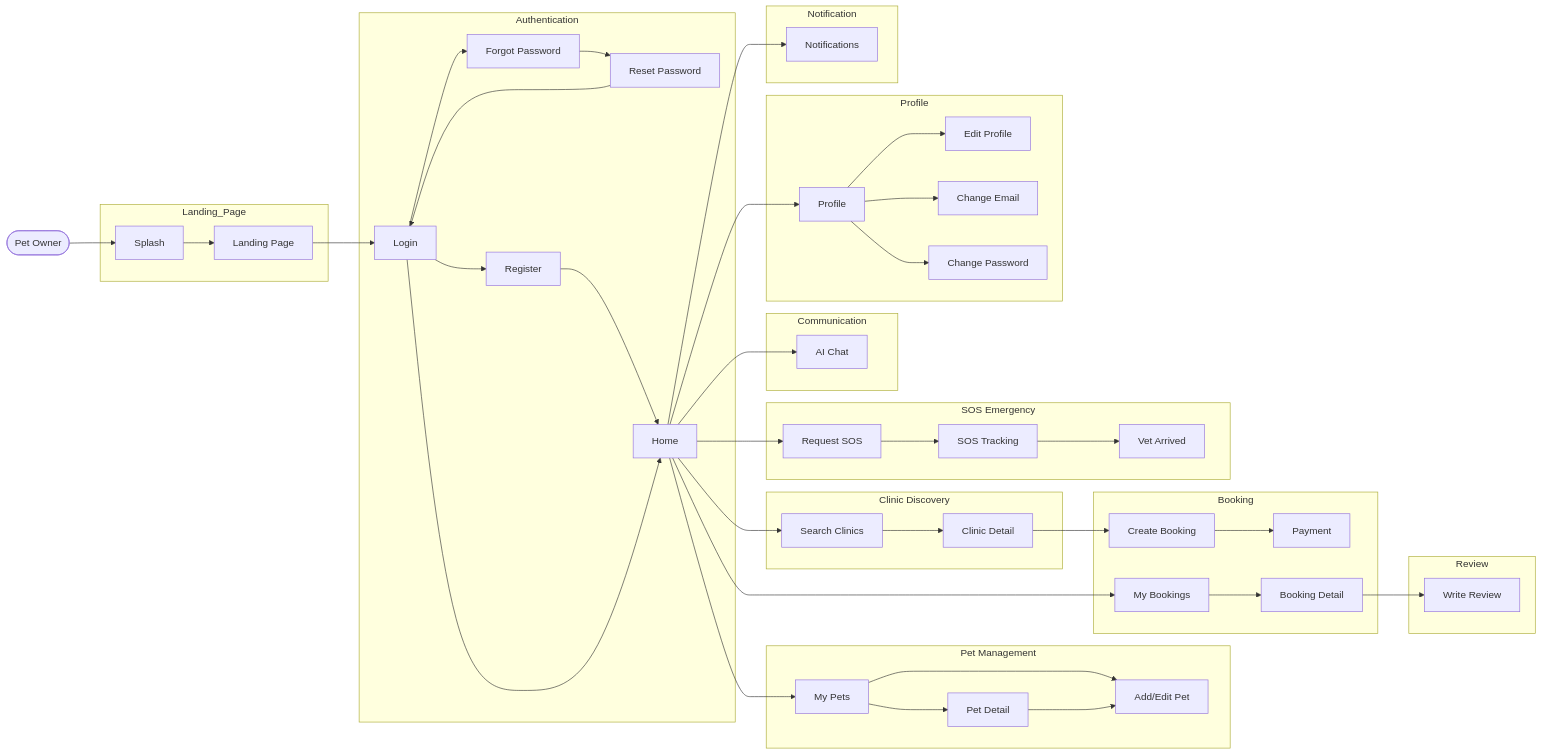
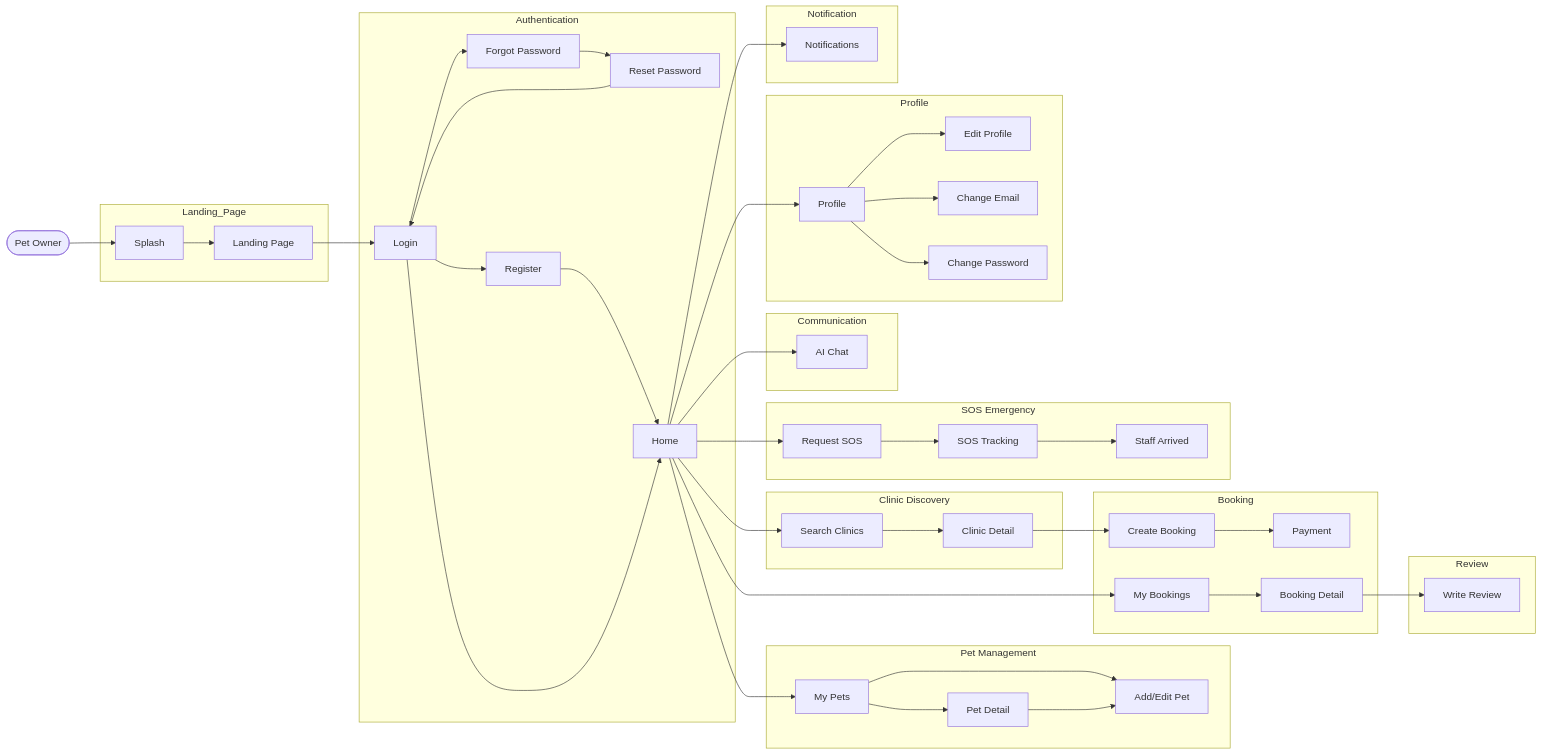
One commit to espresso23/Petties-Veterinary-Appointment-Booking-Platform changed the third of 9 diagrams in docs-references/documentation/SRS/PETTIES_SRS.md. Above: the diagram before and after it, drawn with Mermaid. The commit also changed other lines of this file and 204 other files, not shown here.

First line of the commit message:
refactor(all): complete vet→staff naming migration across codebase

````diff
--- a/docs-references/documentation/SRS/PETTIES_SRS.md
+++ b/docs-references/documentation/SRS/PETTIES_SRS.md
@@ -479,61 +479,61 @@
 ```mermaid
 flowchart LR
     PO([Pet Owner]) --> Splash
 
     subgraph Landing_Page
         Splash --> LandingPage[Landing Page]
     end
 
     subgraph Authentication
         LandingPage --> Login
         Login --> Register
         Login --> ForgotPassword[Forgot Password]
         ForgotPassword --> ResetPassword[Reset Password]
         ResetPassword --> Login
         Register --> Home
         Login --> Home
     end
 
     subgraph Pet_Management[Pet Management]
         Home --> MyPets[My Pets]
         MyPets --> PetDetail[Pet Detail]
         MyPets --> AddEditPet[Add/Edit Pet]
         PetDetail --> AddEditPet
     end
 
     subgraph Clinic_Discovery[Clinic Discovery]
         Home --> SearchClinics[Search Clinics]
         SearchClinics --> ClinicDetail[Clinic Detail]
     end
 
     subgraph Booking
         ClinicDetail --> CreateBooking[Create Booking]
         CreateBooking --> Payment
         Home --> MyBookings[My Bookings]
         MyBookings --> BookingDetail[Booking Detail]
     end
 
     subgraph SOS_Emergency[SOS Emergency]
         Home --> SOSRequest[Request SOS]
         SOSRequest --> SOSTracking[SOS Tracking]
-        SOSTracking --> SOSArrived[Vet Arrived]
+        SOSTracking --> SOSArrived[Staff Arrived]
     end
     subgraph Review
         BookingDetail --> WriteReview[Write Review]
     end
 
     subgraph Communication
         Home --> AIChat[AI Chat]
     end
 
     subgraph Profile
         Home --> ProfileScreen[Profile]
         ProfileScreen --> EditProfile[Edit Profile]
         ProfileScreen --> ChangeEmail[Change Email]
         ProfileScreen --> ChangePassword[Change Password]
     end
 
     subgraph Notification
         Home --> Notifications
     end
 ```
````
